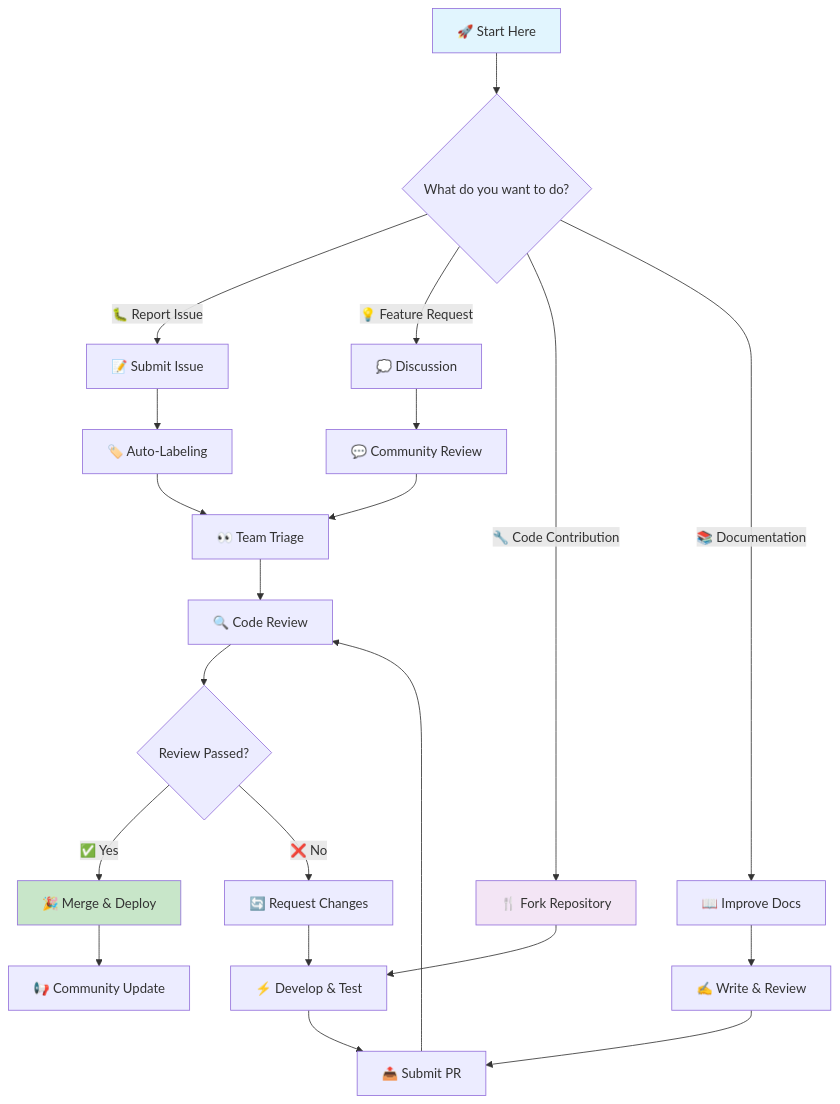
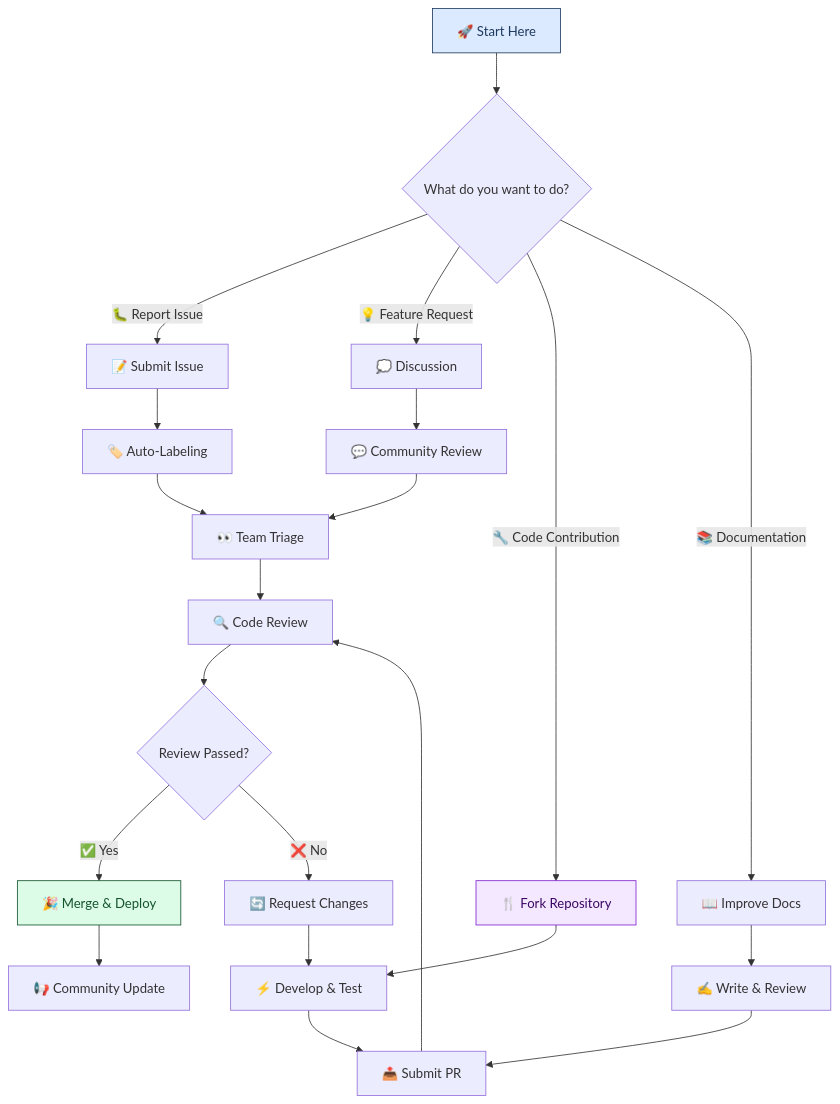
Before and after one commit to lightspeedwp/.github: the second of 4 diagrams in profile/README.md, drawn with Mermaid. The commit also changed other lines of this file and 16 other files, not shown here.

First line of the commit message:
docs(mermaid): repository-wide diagram colour sweep and content refresh (#982)

````diff
--- a/profile/README.md
+++ b/profile/README.md
@@ -95,35 +97,37 @@
 ```mermaid
+---
+accTitle: LightSpeed community contribution process
+accDescr: Complete contribution workflow from starting point through issue submission, feature requests, code contributions, documentation improvements, team triage, code review, merge and deployment, with feedback loop for requested changes.
+---
 flowchart TD
-accTitle: "LightSpeed community contribution process"
-accDescr: "Complete contribution workflow from starting point through issue submission, feature requests, code contributions, documentation improvements, team triage, code review, merge and deployment, with feedback loop for requested changes."
     A[🚀 Start Here] --> B{What do you want to do?}
 
     B -->|🐛 Report Issue| C[📝 Submit Issue]
     B -->|💡 Feature Request| D[💭 Discussion]
     B -->|🔧 Code Contribution| E[🍴 Fork Repository]
     B -->|📚 Documentation| F[📖 Improve Docs]
 
     C --> G[🏷️ Auto-Labeling]
     D --> H[💬 Community Review]
     E --> I[⚡ Develop & Test]
     F --> J[✍️ Write & Review]
 
     G --> K[👀 Team Triage]
     H --> K
     I --> L[📤 Submit PR]
     J --> L
 
     K --> M[🔍 Code Review]
     L --> M
 
     M --> N{Review Passed?}
     N -->|✅ Yes| O[🎉 Merge & Deploy]
     N -->|❌ No| P[🔄 Request Changes]
 
     P --> I
     O --> Q[📢 Community Update]
 
-    style A fill:#e1f5fe
-    style E fill:#f3e5f5
-    style O fill:#c8e6c9
+    style A fill:#dbeafe,color:#1e3a5f,stroke:#1e3a5f
+    style E fill:#f3e8ff,color:#3b0764,stroke:#7e22ce
+    style O fill:#dcfce7,color:#14532d,stroke:#14532d
 ```
````
